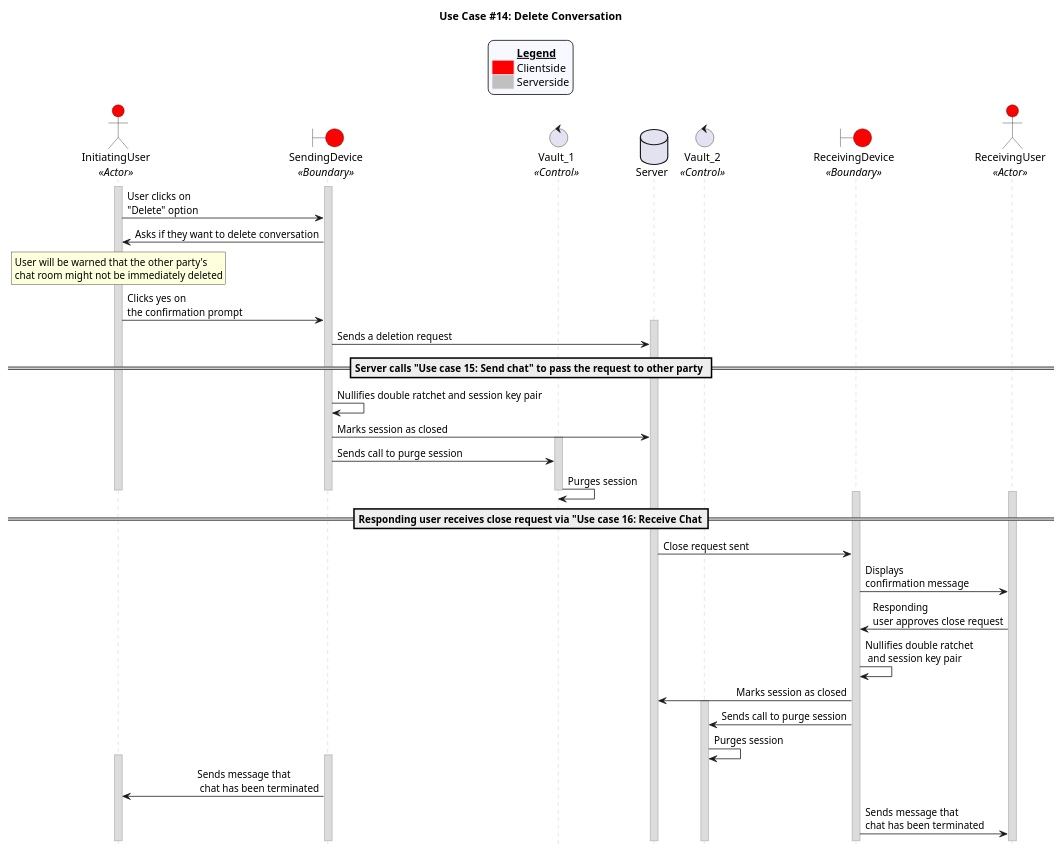
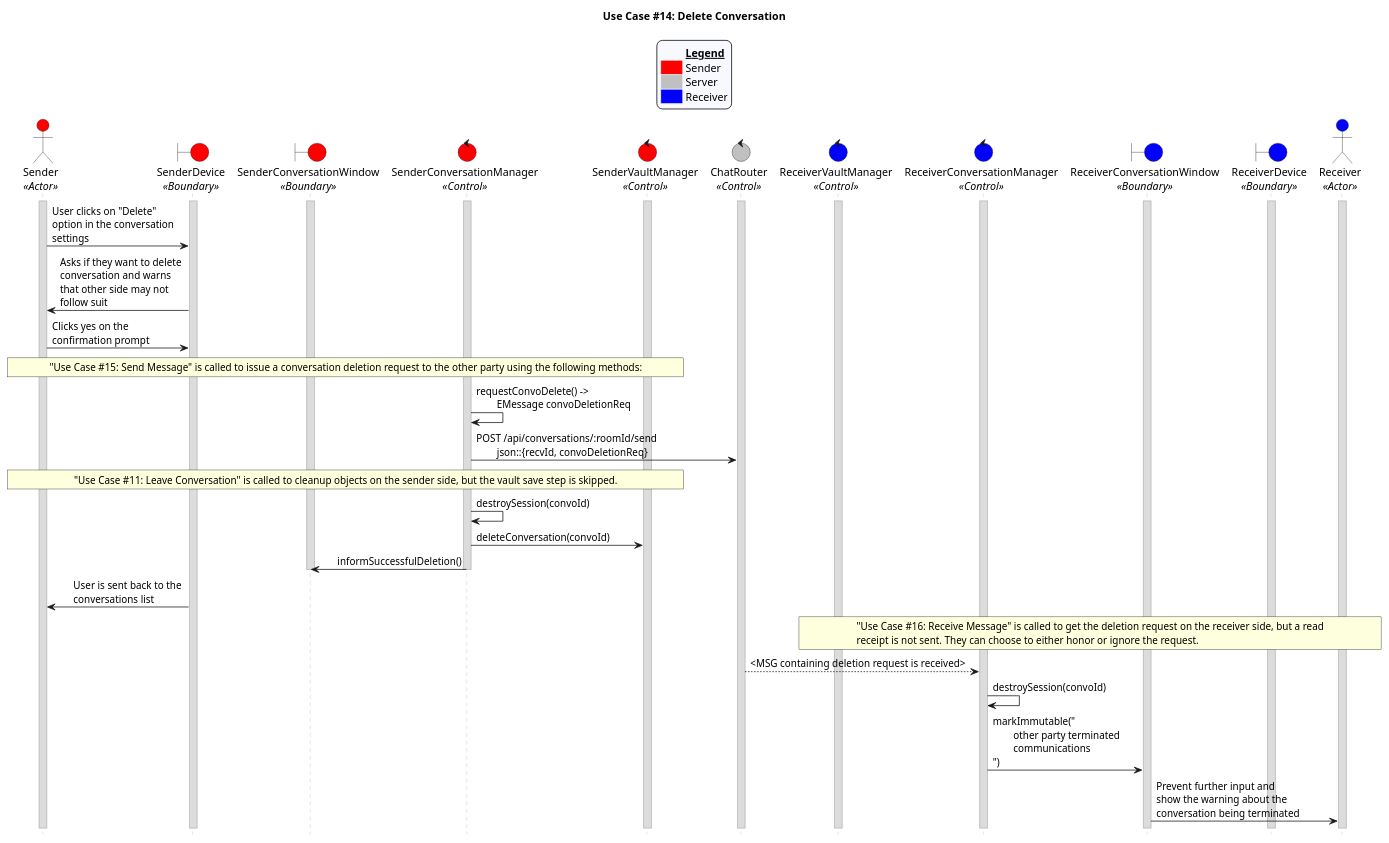
The diagram in uc_14.puml (CECS-491-SP24-Group-1/seq-diagrams), drawn with PlantUML before and after one commit.

Commit message:
Add first half of uc14

```diff
--- a/uc_14.puml
+++ b/uc_14.puml
@@ -2,86 +2,115 @@
 @startuml uc14
 title "Use Case #14: Delete Conversation"
 
 'Styling goes here
 hide footbox
 skinparam stereotypePosition bottom
 skinparam sequenceMessageAlign direction
 skinparam sequence {
 	LifeLineBorderColor #Silver
 	LifeLineBackgroundColor #Gainsboro
 }
 
 'Add a legend plus styling
 skinparam legend {
 	backgroundColor #GhostWhite
 	entrySeparator #GhostWhite
 }
 
 legend top
 	<#GhostWhite,#GhostWhite>|	|= __Legend__ |
-	|<#red> | Clientside|
-	|<#silver> | Serverside|
+	|<#red> | Sender|
+	|<#silver> | Server|
+	|<#blue> | Receiver|
 endlegend
 
 'Setup the objects involved here
-Actor InitiatingUser as IUser <<Actor>> #red
-boundary SendingDevice as d1 <<Boundary>> #red
-control Vault_1 as v1 <<Control>>
-database Server as Server
+actor Sender as s <<Actor>> #red
+boundary SenderDevice as sd <<Boundary>> #red
+boundary SenderConversationWindow as scw <<Boundary>> #red
+control SenderConversationManager as scm <<Control>> #red
+control SenderVaultManager as svm <<Control>> #red
+control ChatRouter as cr <<Control>> #silver
+control ReceiverVaultManager as rvm <<Control>> #blue
+control ReceiverConversationManager as rcm <<Control>> #blue
+boundary ReceiverConversationWindow as rcw <<Boundary>> #blue
+boundary ReceiverDevice as rd <<Boundary>> #blue
+actor Receiver as r <<Actor>> #blue
 
-control Vault_2 as v2<<Control>>
-boundary ReceivingDevice as d2 <<Boundary>> #red
-Actor ReceivingUser as RUser <<Actor>> #red
+'Setup persistent objects here
+activate s
+activate sd
+activate scw
+activate scm
+activate svm
+activate cr
+activate rvm
+activate rcm
+activate rcw
+activate rd
+activate r
+
+'--- FLOW OF CONTROL STARTS HERE ---
+'The user clicks on the options button for the chat room and selects “Delete”. This is the initiating party.
+s -> sd: User clicks on "Delete" \noption in the conversation \nsettings
+
+'The user’s device asks the user if they want to delete the chat. The user will be warned that the chat room on the other side may not be immediately deleted once this is done
+sd -> s: Asks if they want to delete \nconversation and warns \nthat other side may not \nfollow suit
+
+'The user clicks “Yes” on the confirmation prompt asking them to delete the chat.
+s -> sd: Clicks yes on the \nconfirmation prompt
+
+'The user’s device creates a deletion request for the other user and calls Use Case 15: Send Chat to pass the request to the other party.
+rnote over s, svm
+	"Use Case #15: Send Message" is called to issue a conversation deletion request to the other party using the following methods:
+endrnote
+scm -> scm: requestConvoDelete() -> \n\tEMessage convoDeletionReq
+scm -> cr: POST /api/conversations/:roomId/send \n\tjson::{recvId, convoDeletionReq}
+
+'User is brought back to the chats list and the chat is removed from the list.
+rnote over s, svm
+	"Use Case #11: Leave Conversation" is called to cleanup objects on the sender side, but the vault save step is skipped.
+endrnote
+
+'The initiating user’s device nullifies the double ratchet, session keypair, and the session is marked as closed. The session is then purged from their vault.
+scm -> scm: destroySession(convoId)
+scm -> svm: deleteConversation(convoId)
+scm -> scw: informSuccessfulDeletion()
+deactivate scm
+deactivate scw
+sd -> s: User is sent back to the \nconversations list
+
+'===================== receiver's turn to act
+
+'The responding user receives the chat via Use Case 16: Receive Chat and detects the close request.
+rnote over r, rvm
+	"Use Case #16: Receive Message" is called to get the deletion request on the receiver side, but a read
+	receipt is not sent. They can choose to either honor or ignore the request.
+endrnote
+cr --> rcm: <MSG containing deletion request is received>
+
+'The responding user nullifies the double ratchet, session keypair, and the session is marked as closed.
+rcm -> rcm: destroySession(convoId)
+rcm -> rcw: markImmutable("\n\tother party terminated \n\tcommunications\n")
+rcw -> r: Prevent further input and \nshow the warning about the \nconversation being terminated
 
 
 
-'Setup persistent objects here
-activate IUser
-activate d1
 
-'--- FLOW OF CONTROL STARTS HERE ---
-IUser -> d1 : User clicks on \n"Delete" option
-d1 -> IUser : Asks if they want to delete conversation
 
-rnote over IUser
-User will be warned that the other party's 
-chat room might not be immediately deleted
-endrnote
 
-IUser -> d1: Clicks yes on \nthe confirmation prompt
-activate Server
-d1 -> Server: Sends a deletion request 
+'The responding user’s chat has a message informing them that the initiating user terminated the chat session and sending of messages is disallowed.
 
-==Server calls "Use case 15: Send chat" to pass the request to other party ==
 
-d1 -> d1: Nullifies double ratchet and session key pair
-d1 -> Server: Marks session as closed
-activate v1
-d1 -> v1 : Sends call to purge session
-v1 -> v1: Purges session 
 
-deactivate IUser
-deactivate d1
-deactivate v1
-==Responding user receives close request via "Use case 16: Receive Chat==
 
-'Receiving user activation
-activate RUser
-activate d2
 
-Server -> d2: Close request sent
-d2-> RUser: Displays \nconfirmation message
-RUser -> d2 : Responding \nuser approves close request
-d2 -> d2: Nullifies double ratchet\n and session key pair
-d2 -> Server: Marks session as closed
-activate v2
-d2 -> v2: Sends call to purge session 
-v2 -> v2: Purges session
 
-activate IUser
-activate d1
-d1 -> IUser: Sends message that\n chat has been terminated
-d2 -> RUser: Sends message that\nchat has been terminated
+
+
+
+
+
 '--- FLOW OF CONTROL ENDS HERE   ---
 
 @enduml
```
